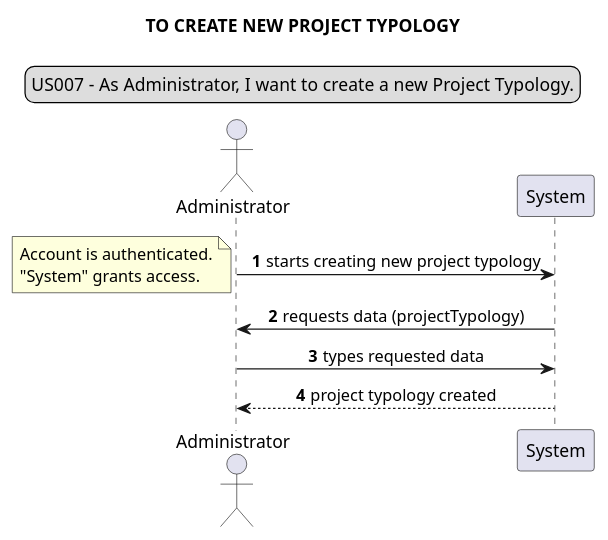
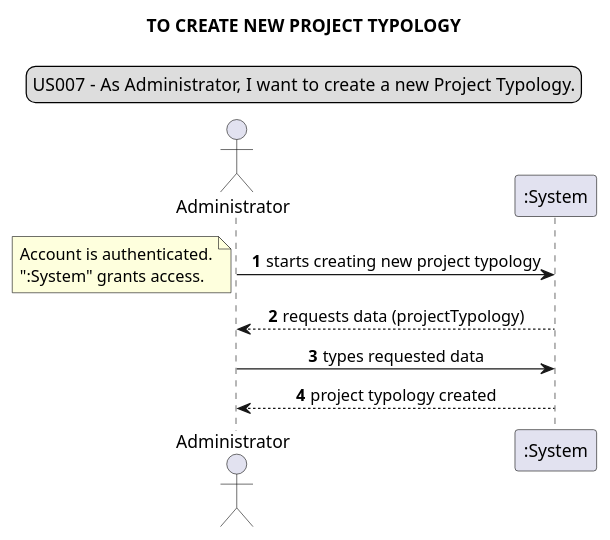
The seventh of 39 diagrams in docs/requirements_gathering/system_sequence_diagrams/systemSequenceDiagram.puml (Loracline/project_switch_22-23), drawn with PlantUML before and after one commit. The commit also changed 1 other file, not shown here.

Commit message:
US 007 : Design : Correction of system sequence diagram

```diff
--- a/docs/requirements_gathering/system_sequence_diagrams/systemSequenceDiagram.puml
+++ b/docs/requirements_gathering/system_sequence_diagrams/systemSequenceDiagram.puml
@@ -113,17 +113,17 @@
 @startuml
 legend top
 US007 - As Administrator, I want to create a new Project Typology.
 end legend
 skinparam sequenceMessageAlign center
 title TO CREATE NEW PROJECT TYPOLOGY
 actor Administrator
 autonumber
-Administrator -> "System": starts creating new project typology
+Administrator -> ":System": starts creating new project typology
 note left
 Account is authenticated.
-"System" grants access.
+":System" grants access.
 end note
-System -> "Administrator": requests data (projectTypology)
-Administrator -> "System": types requested data
-Administrator <-- "System":project typology created
+":System" --> "Administrator": requests data (projectTypology)
+Administrator -> ":System": types requested data
+Administrator <-- ":System":project typology created
 @enduml
```
